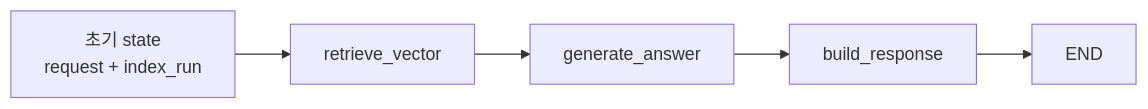
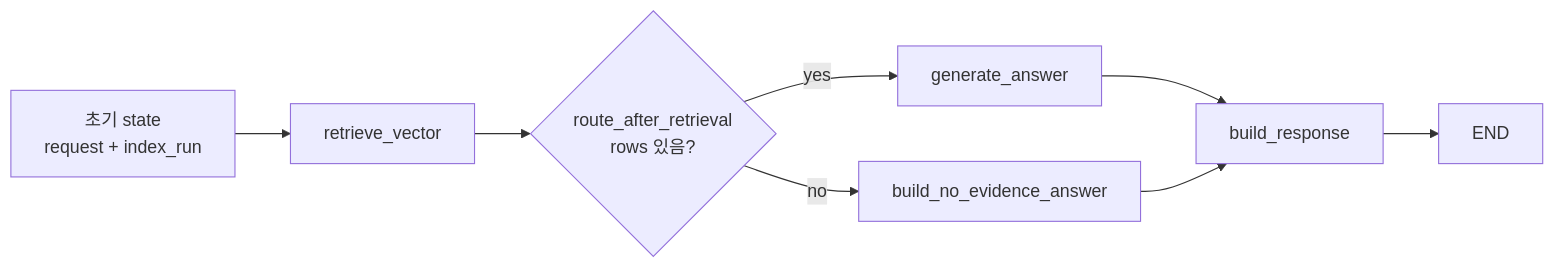
Before and after one commit to Jungle-303-04/warm-up: the diagram in docs/rag_ask_flow.md, drawn with Mermaid. The commit also changed other lines of this file and 2 other files, not shown here.

Commit message:
refactor: branch RAG answer graph on evidence

````diff
--- a/docs/rag_ask_flow.md
+++ b/docs/rag_ask_flow.md
@@ -576,7 +587,10 @@
 ```mermaid
 flowchart LR
     A["초기 state<br/>request + index_run"] --> B["retrieve_vector"]
-    B --> C["generate_answer"]
-    C --> D["build_response"]
-    D --> E["END"]
+    B --> C{"route_after_retrieval<br/>rows 있음?"}
+    C -->|"yes"| D["generate_answer"]
+    C -->|"no"| E["build_no_evidence_answer"]
+    D --> F["build_response"]
+    E --> F
+    F --> G["END"]
 ```
````
